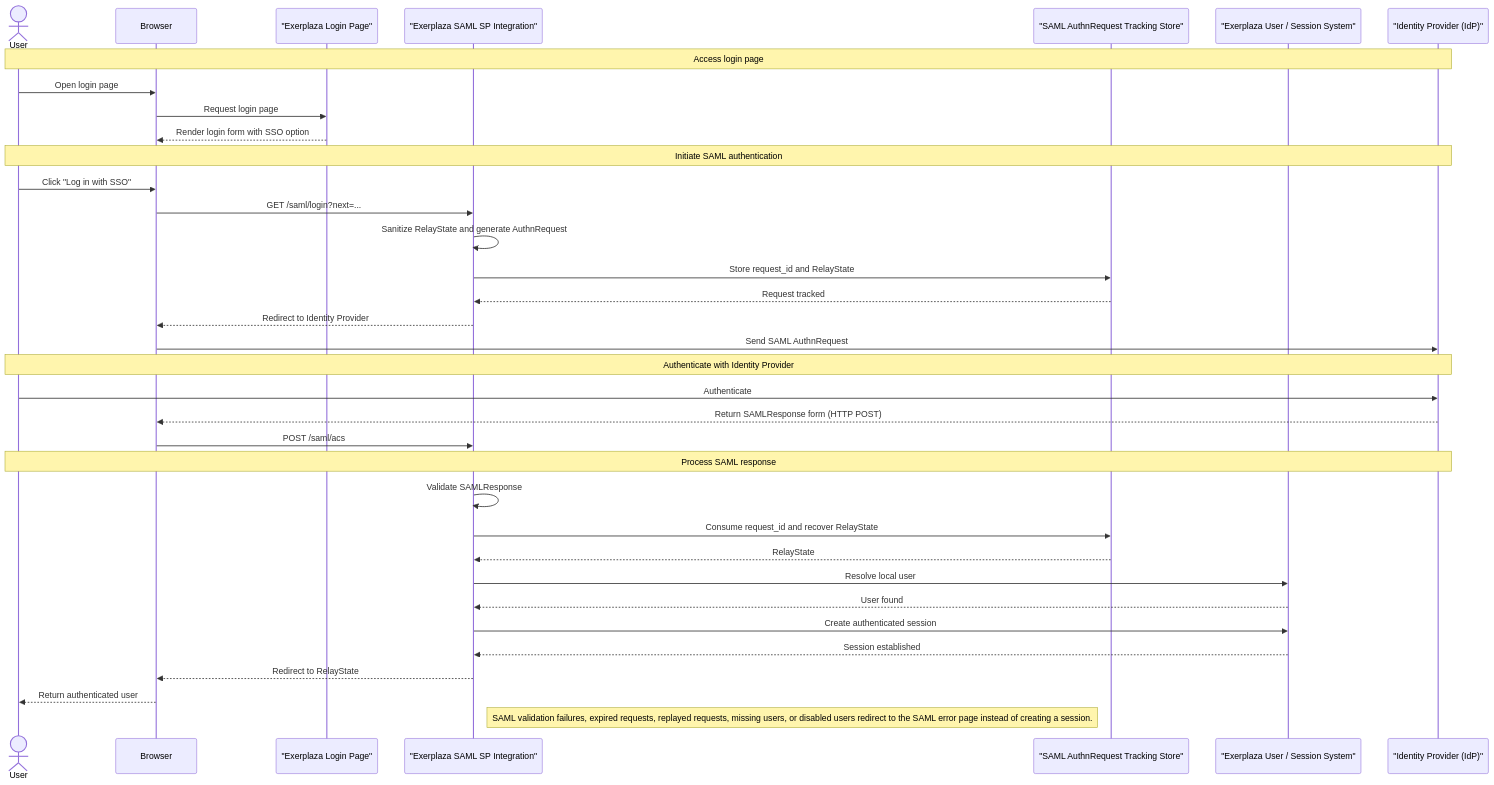
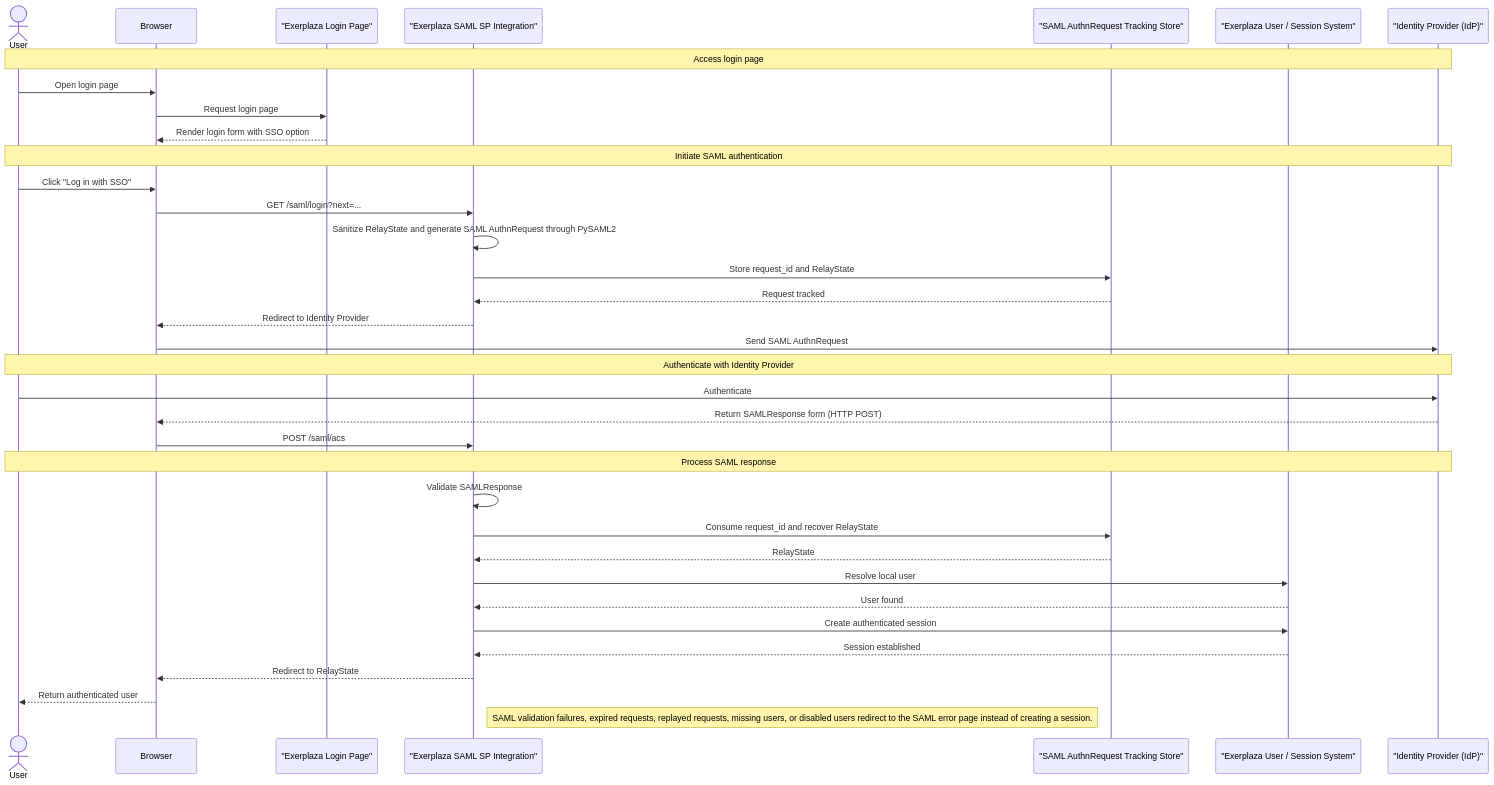
One commit to acquanaturaleminerale/acquanaturaleminerale.github.io changed the diagram in docs/documentation.md. Above: the diagram before and after it, drawn with Mermaid. The commit also changed other lines of this file, not shown here.

````diff
--- a/docs/documentation.md
+++ b/docs/documentation.md
@@ -37,51 +39,51 @@
 ```mermaid
 sequenceDiagram
     actor User
     participant Browser
     participant LoginPage as "Exerplaza Login Page"
     participant SamlModule as "Exerplaza SAML SP Integration"
     participant RequestStore as "SAML AuthnRequest Tracking Store"
     participant SessionSystem as "Exerplaza User / Session System"
     participant IdP as "Identity Provider (IdP)"
 
     Note over User,IdP: Access login page
 
     User->>Browser: Open login page
     Browser->>LoginPage: Request login page
     LoginPage-->>Browser: Render login form with SSO option
 
     Note over User,IdP: Initiate SAML authentication
 
     User->>Browser: Click "Log in with SSO"
     Browser->>SamlModule: GET /saml/login?next=...
 
-    SamlModule->>SamlModule: Sanitize RelayState and generate AuthnRequest
+    SamlModule->>SamlModule: Sanitize RelayState and generate SAML AuthnRequest through PySAML2
     SamlModule->>RequestStore: Store request_id and RelayState
     RequestStore-->>SamlModule: Request tracked
 
     SamlModule-->>Browser: Redirect to Identity Provider
     Browser->>IdP: Send SAML AuthnRequest
 
     Note over User,IdP: Authenticate with Identity Provider
 
     User->>IdP: Authenticate
     IdP-->>Browser: Return SAMLResponse form (HTTP POST)
     Browser->>SamlModule: POST /saml/acs
 
     Note over User,IdP: Process SAML response
 
     SamlModule->>SamlModule: Validate SAMLResponse
     SamlModule->>RequestStore: Consume request_id and recover RelayState
     RequestStore-->>SamlModule: RelayState
 
     SamlModule->>SessionSystem: Resolve local user
     SessionSystem-->>SamlModule: User found
 
     SamlModule->>SessionSystem: Create authenticated session
     SessionSystem-->>SamlModule: Session established
 
     SamlModule-->>Browser: Redirect to RelayState
     Browser-->>User: Return authenticated user
 
     Note right of SamlModule: SAML validation failures, expired requests, replayed requests, missing users, or disabled users redirect to the SAML error page instead of creating a session.
 ```
````
